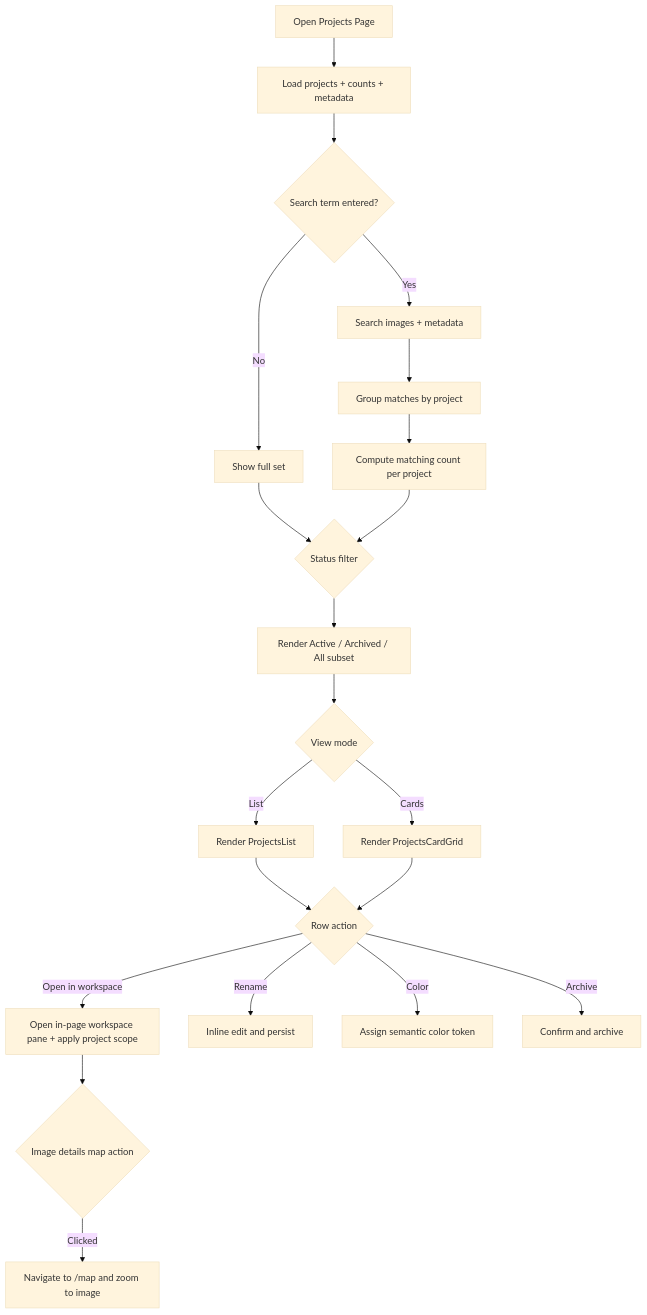
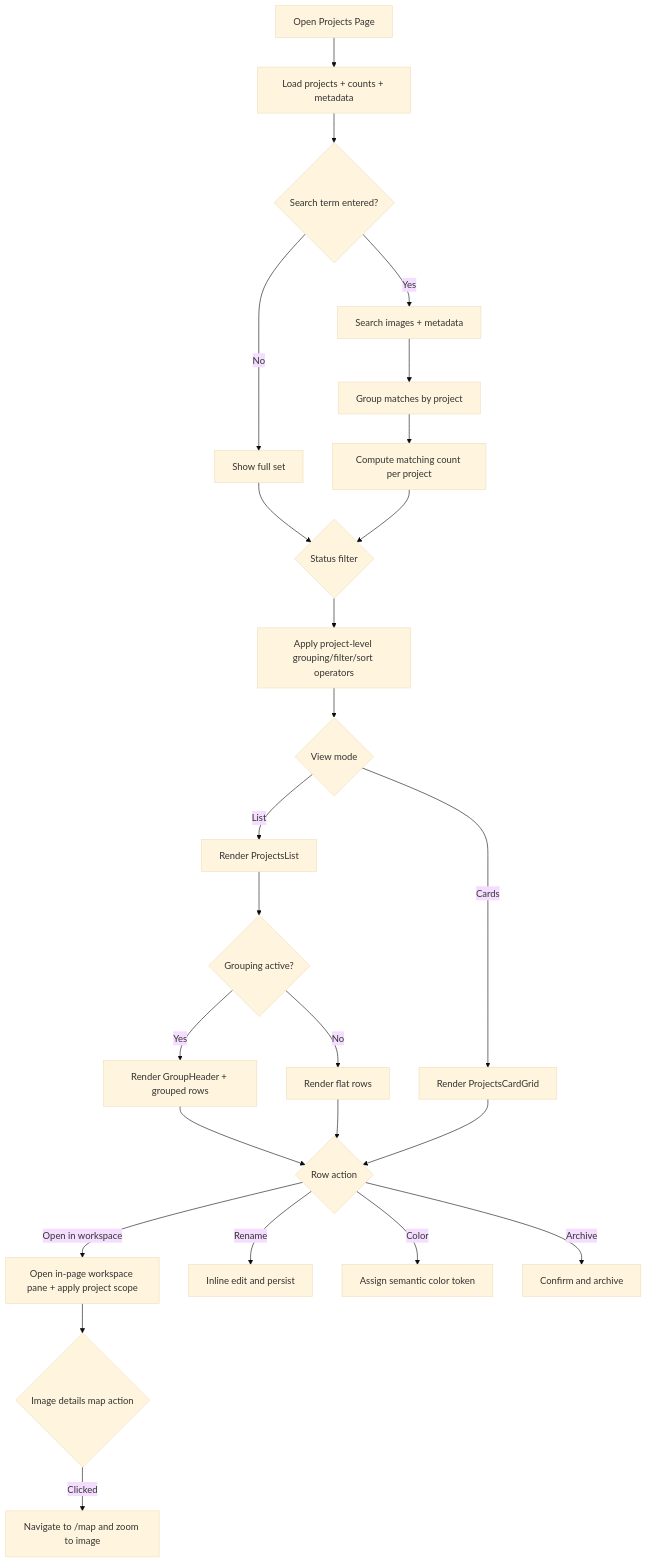
The first of 5 diagrams in docs/element-specs/projects-page.md (matkleve/feldpost), drawn with Mermaid (base theme) before and after one commit. The commit also changed other lines of this file and 22 other files, not shown here.

````diff
--- a/docs/element-specs/projects-page.md
+++ b/docs/element-specs/projects-page.md
@@ -40,23 +44,27 @@
 ```mermaid
 flowchart TD
 	A[Open Projects Page] --> B[Load projects + counts + metadata]
 	B --> C{Search term entered?}
 	C -- No --> D[Show full set]
 	C -- Yes --> E[Search images + metadata]
 	E --> E2[Group matches by project]
 	E2 --> E3[Compute matching count per project]
 	D --> F{Status filter}
 	E3 --> F
-	F --> G[Render Active / Archived / All subset]
+	F --> G[Apply project-level grouping/filter/sort operators]
 	G --> H{View mode}
 	H -- List --> I[Render ProjectsList]
 	H -- Cards --> J[Render ProjectsCardGrid]
-	I --> K{Row action}
+	I --> I2{Grouping active?}
+	I2 -- Yes --> I3[Render GroupHeader + grouped rows]
+	I2 -- No --> I4[Render flat rows]
+	I3 --> K{Row action}
+	I4 --> K{Row action}
 	J --> K
 	K -- Open in workspace --> L[Open in-page workspace pane + apply project scope]
 	K -- Rename --> M[Inline edit and persist]
 	K -- Color --> N[Assign semantic color token]
 	K -- Archive --> O[Confirm and archive]
 	L --> P{Image details map action}
 	P -- Clicked --> Q[Navigate to /map and zoom to image]
 ```
````
